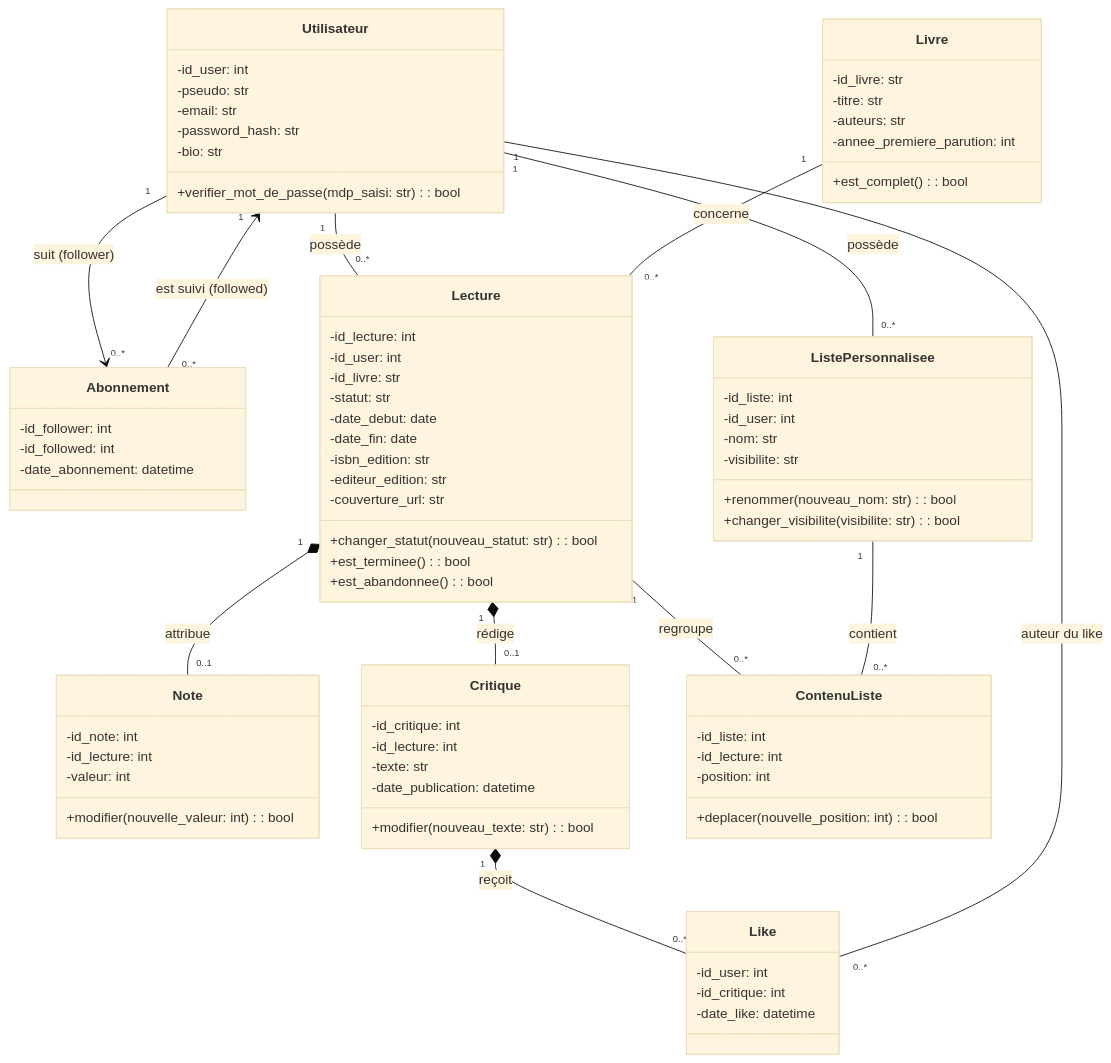
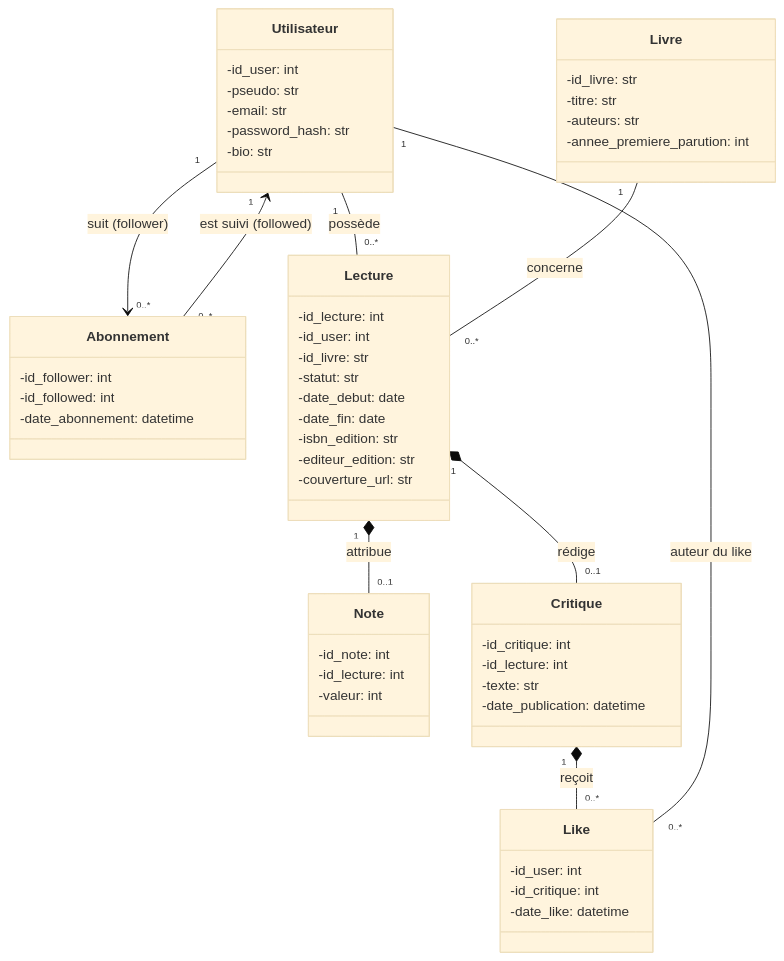
Before and after one commit to cecilelocatelli21/projet-info_2A: the diagram in doc/report/Diagrammes/Classes_BusinessObject.md, drawn with Mermaid (base theme).

````diff
--- a/doc/report/Diagrammes/Classes_BusinessObject.md
+++ b/doc/report/Diagrammes/Classes_BusinessObject.md
@@ -7,7 +7,7 @@
         -password_hash: str
         -bio: str
          
-        +verifier_mot_de_passe(mdp_saisi: str): bool
+
     }
 
     class Livre {
@@ -16,7 +16,7 @@
         -auteurs: str
         -annee_premiere_parution: int
          
-        +est_complet(): bool
+
     }
 
     class Abonnement {
@@ -37,27 +37,15 @@
         -editeur_edition: str
         -couverture_url: str
          
-        +changer_statut(nouveau_statut: str): bool
-        +est_terminee(): bool
-        +est_abandonnee(): bool
     }
 
-    class ListePersonnalisee {
-        -id_liste: int
-        -id_user: int
-        -nom: str
-        -visibilite: str
-         
-        +renommer(nouveau_nom: str): bool
-        +changer_visibilite(visibilite: str): bool
-    }
 
     class Note {
         -id_note: int
         -id_lecture: int
         -valeur: int
          
-        +modifier(nouvelle_valeur: int): bool
+
     }
 
     class Critique {
@@ -65,8 +53,7 @@
         -id_lecture: int
         -texte: str
         -date_publication: datetime
-         
-        +modifier(nouveau_texte: str): bool
+
     }
 
     class Like {
@@ -75,13 +62,7 @@
         -date_like: datetime
     }
 
-    class ContenuListe {
-        -id_liste: int
-        -id_lecture: int
-        -position: int
-         
-        +deplacer(nouvelle_position: int): bool
-    }
+
 
     Utilisateur "1" --> "0..*" Abonnement : suit (follower)
     Utilisateur "1" <-- "0..*" Abonnement : est suivi (followed)
@@ -91,7 +72,5 @@
     Lecture "1" *-- "0..1" Critique : rédige
     Critique "1" *-- "0..*" Like : reçoit
     Utilisateur "1" -- "0..*" Like : auteur du like
-    Utilisateur "1" -- "0..*" ListePersonnalisee : possède
-    Lecture "1" -- "0..*" ContenuListe : regroupe
-    ListePersonnalisee "1" -- "0..*" ContenuListe : contient
+
 ```
````
